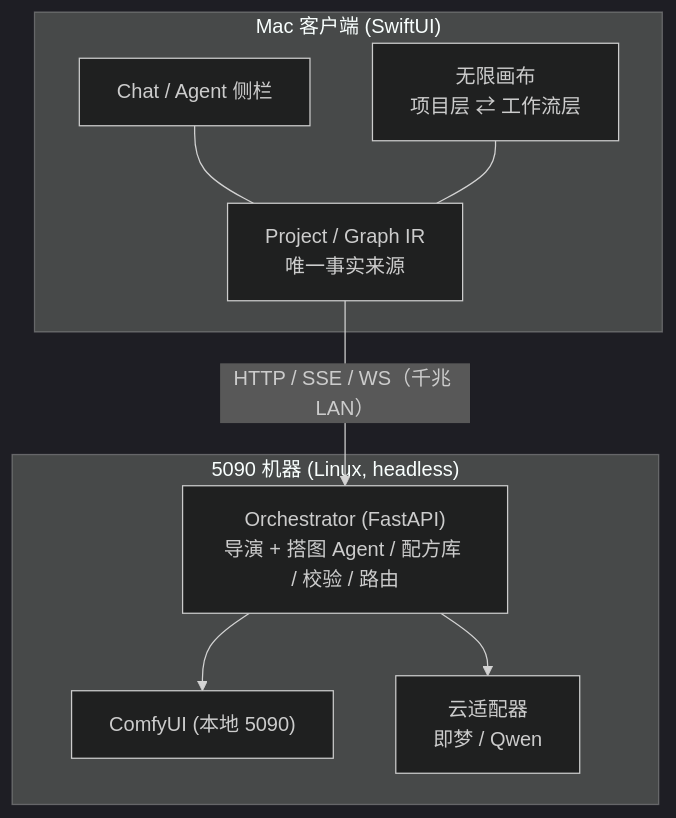
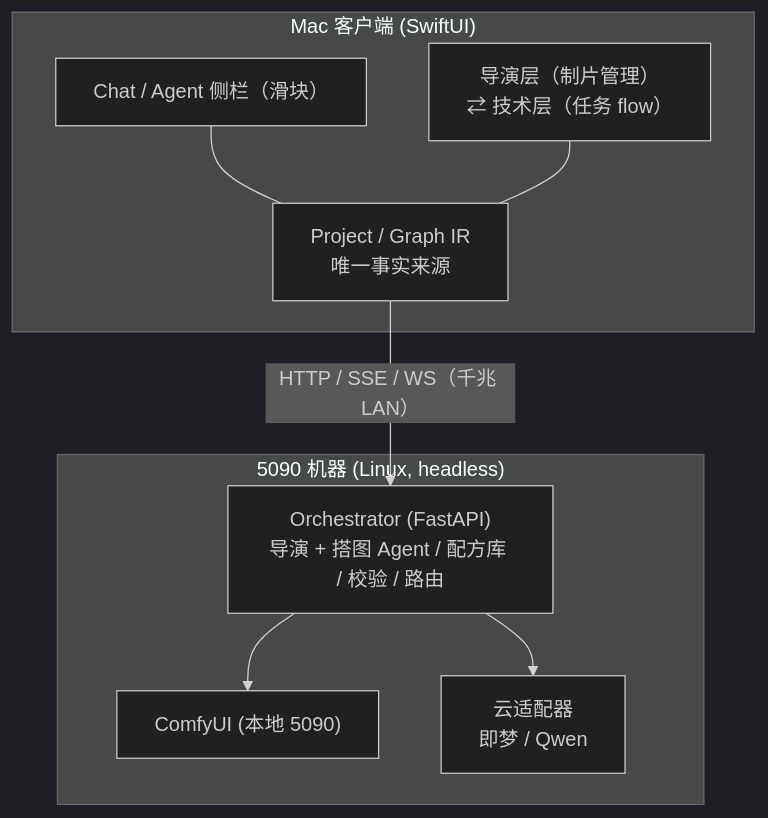
Before and after one commit to konder/macos-video-studio: the first of 8 diagrams in docs/diagrams.md, drawn with Mermaid (dark theme). The commit also changed 9 other files, not shown here.

````diff
--- a/docs/diagrams.md
+++ b/docs/diagrams.md
@@ -7,18 +7,18 @@
 ```mermaid
 flowchart TB
   subgraph Mac["Mac 客户端 (SwiftUI)"]
-    chat["Chat / Agent 侧栏"]
-    canvas["无限画布<br/>项目层 ⇄ 工作流层"]
+    chat["Chat / Agent 侧栏（滑块）"]
+    canvas["导演层（制片管理）<br/>⇄ 技术层（任务 flow）"]
     ir["Project / Graph IR<br/>唯一事实来源"]
     chat --- ir
     canvas --- ir
   end
   subgraph Server["5090 机器 (Linux, headless)"]
     orch["Orchestrator (FastAPI)<br/>导演 + 搭图 Agent / 配方库 / 校验 / 路由"]
     comfy["ComfyUI (本地 5090)"]
     cloud["云适配器<br/>即梦 / Qwen"]
     orch --> comfy
     orch --> cloud
   end
   ir -- "HTTP / SSE / WS（千兆 LAN）" --> orch
 ```
````
